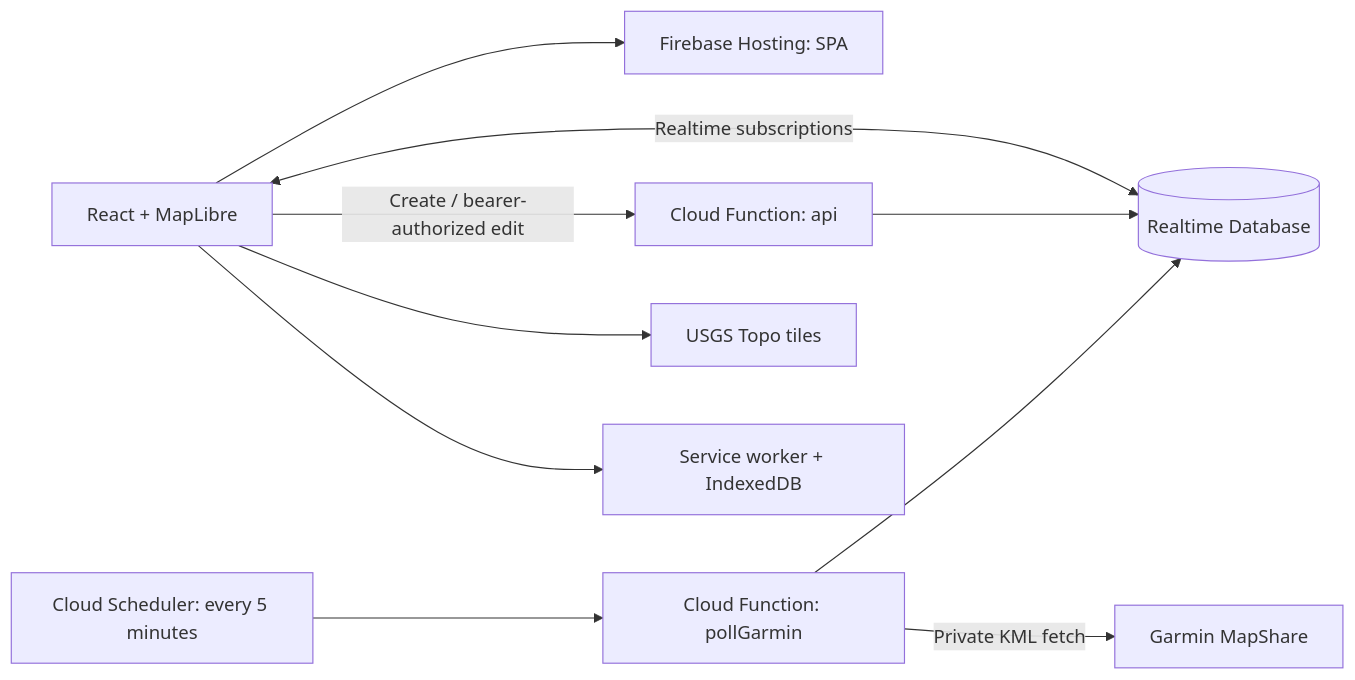
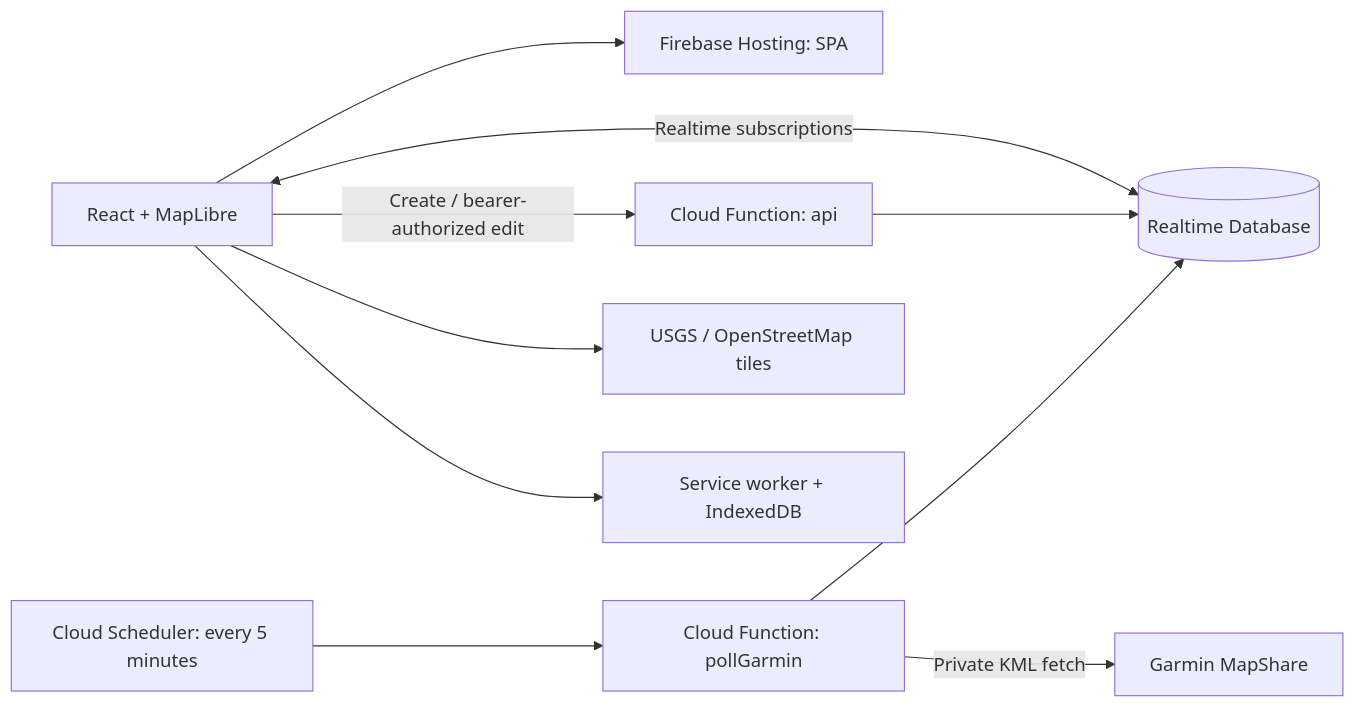
One commit to dgriff03/self-directed-race-tracker changed the diagram in README.md. Above: the diagram before and after it, drawn with Mermaid. The commit also changed other lines of this file and 13 other files, not shown here.

Commit message:
Address review findings for switchbacks, maps, offline tiles, ETAs and replay

````diff
--- a/README.md
+++ b/README.md
@@ -82,12 +82,12 @@
 ```mermaid
 flowchart LR
   Browser[React + MapLibre] --> Hosting[Firebase Hosting: SPA]
   Browser <-->|Realtime subscriptions| DB[(Realtime Database)]
   Browser -->|Create / bearer-authorized edit| API[Cloud Function: api]
   API --> DB
   Scheduler[Cloud Scheduler: every 5 minutes] --> Poll[Cloud Function: pollGarmin]
   Poll -->|Private KML fetch| Garmin[Garmin MapShare]
   Poll --> DB
-  Browser --> Maps[USGS Topo tiles]
+  Browser --> Maps[USGS / OpenStreetMap tiles]
   Browser --> Offline[Service worker + IndexedDB]
 ```
````
